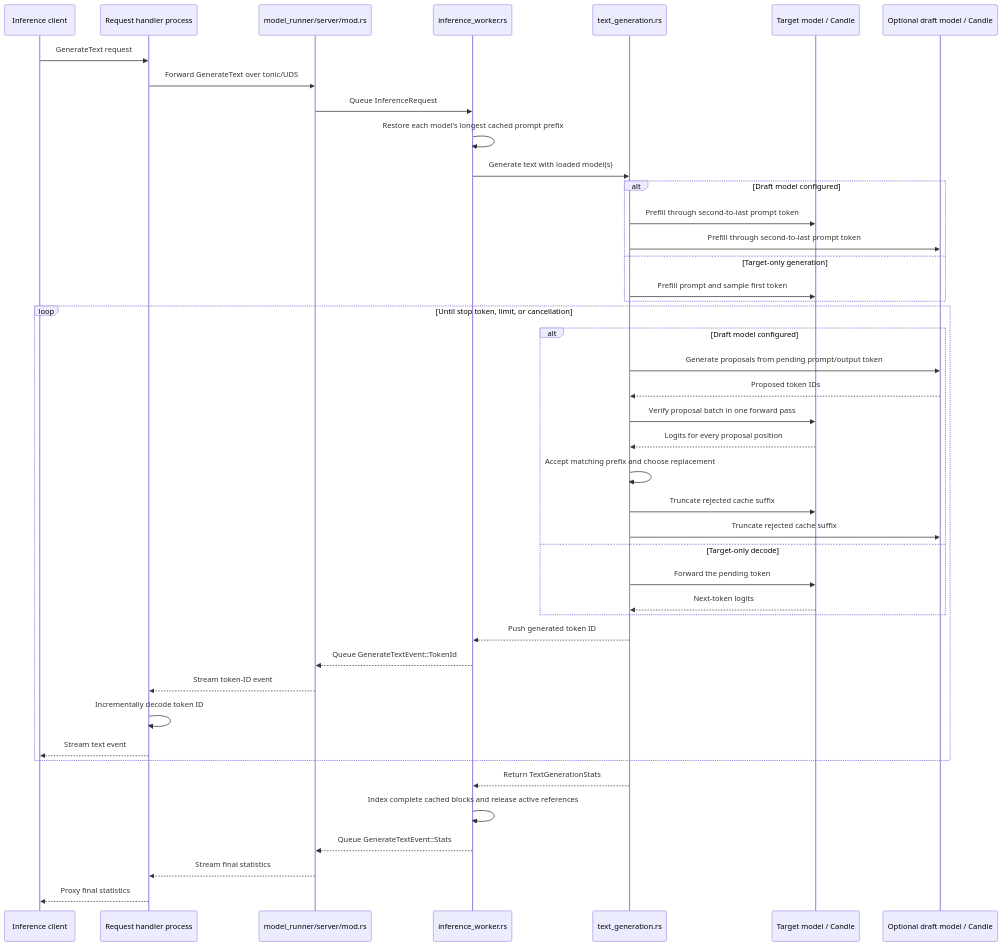
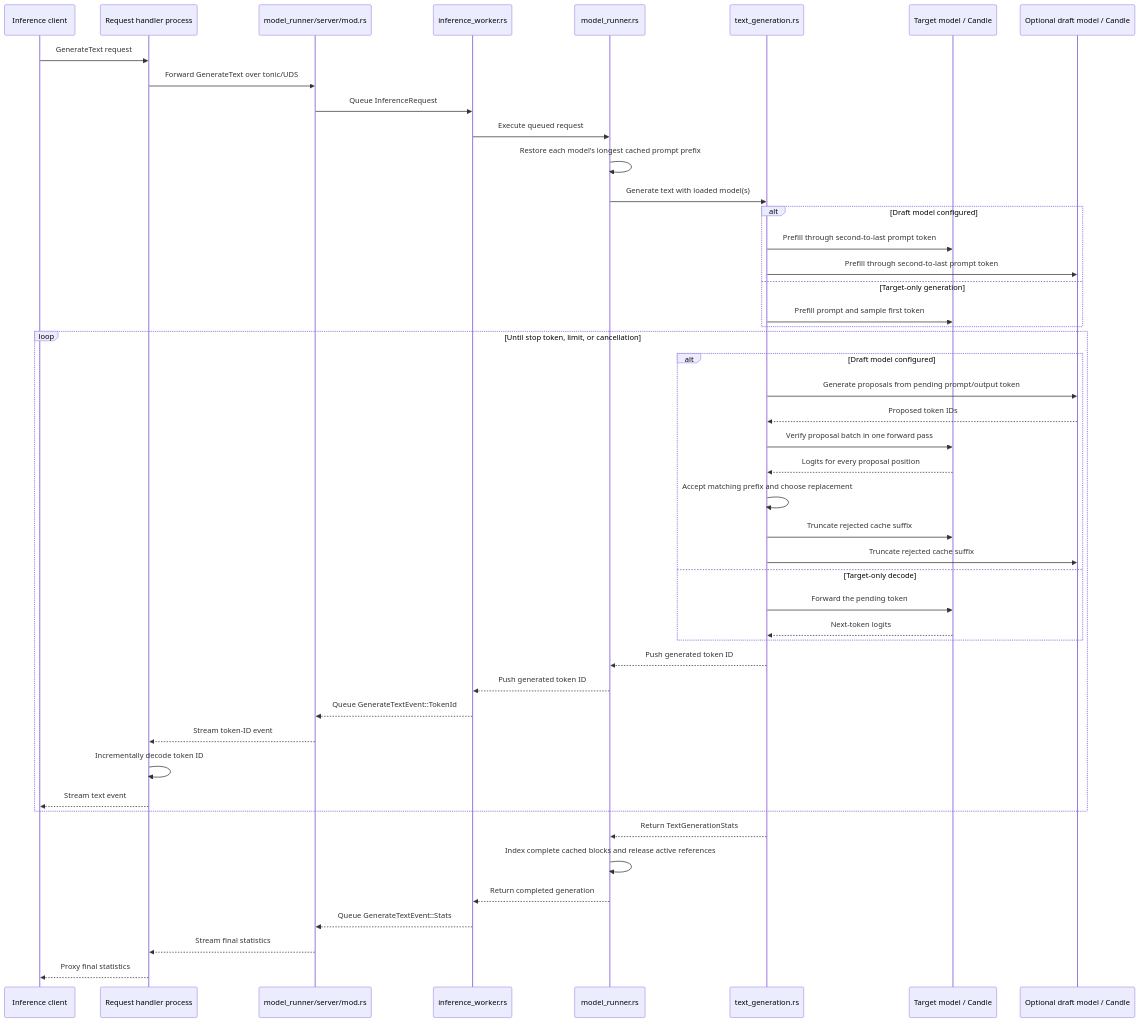
The second of 2 diagrams in src/model_runner/README.md (lun0522/mini-vllm-rs), drawn with Mermaid before and after one commit. The commit also changed other lines of this file and 8 other files, not shown here.

````diff
--- a/src/model_runner/README.md
+++ b/src/model_runner/README.md
@@ -59,46 +63,50 @@
 ```mermaid
 sequenceDiagram
     participant Caller as Inference client
     participant Handler as Request handler process
     participant Rpc as model_runner/server/mod.rs
     participant Worker as inference_worker.rs
+    participant Runner as model_runner.rs
     participant Decode as text_generation.rs
     participant Target as Target model / Candle
     participant Draft as Optional draft model / Candle
 
     Caller->>Handler: GenerateText request
     Handler->>Rpc: Forward GenerateText over tonic/UDS
     Rpc->>Worker: Queue InferenceRequest
-    Worker->>Worker: Restore each model's longest cached prompt prefix
-    Worker->>Decode: Generate text with loaded model(s)
+    Worker->>Runner: Execute queued request
+    Runner->>Runner: Restore each model's longest cached prompt prefix
+    Runner->>Decode: Generate text with loaded model(s)
     alt Draft model configured
         Decode->>Target: Prefill through second-to-last prompt token
         Decode->>Draft: Prefill through second-to-last prompt token
     else Target-only generation
         Decode->>Target: Prefill prompt and sample first token
     end
     loop Until stop token, limit, or cancellation
         alt Draft model configured
             Decode->>Draft: Generate proposals from pending prompt/output token
             Draft-->>Decode: Proposed token IDs
             Decode->>Target: Verify proposal batch in one forward pass
             Target-->>Decode: Logits for every proposal position
             Decode->>Decode: Accept matching prefix and choose replacement
             Decode->>Target: Truncate rejected cache suffix
             Decode->>Draft: Truncate rejected cache suffix
         else Target-only decode
             Decode->>Target: Forward the pending token
             Target-->>Decode: Next-token logits
         end
-        Decode-->>Worker: Push generated token ID
+        Decode-->>Runner: Push generated token ID
+        Runner-->>Worker: Push generated token ID
         Worker-->>Rpc: Queue GenerateTextEvent::TokenId
         Rpc-->>Handler: Stream token-ID event
         Handler->>Handler: Incrementally decode token ID
         Handler-->>Caller: Stream text event
     end
-    Decode-->>Worker: Return TextGenerationStats
-    Worker->>Worker: Index complete cached blocks and release active references
+    Decode-->>Runner: Return TextGenerationStats
+    Runner->>Runner: Index complete cached blocks and release active references
+    Runner-->>Worker: Return completed generation
     Worker-->>Rpc: Queue GenerateTextEvent::Stats
     Rpc-->>Handler: Stream final statistics
     Handler-->>Caller: Proxy final statistics
 ```
````
